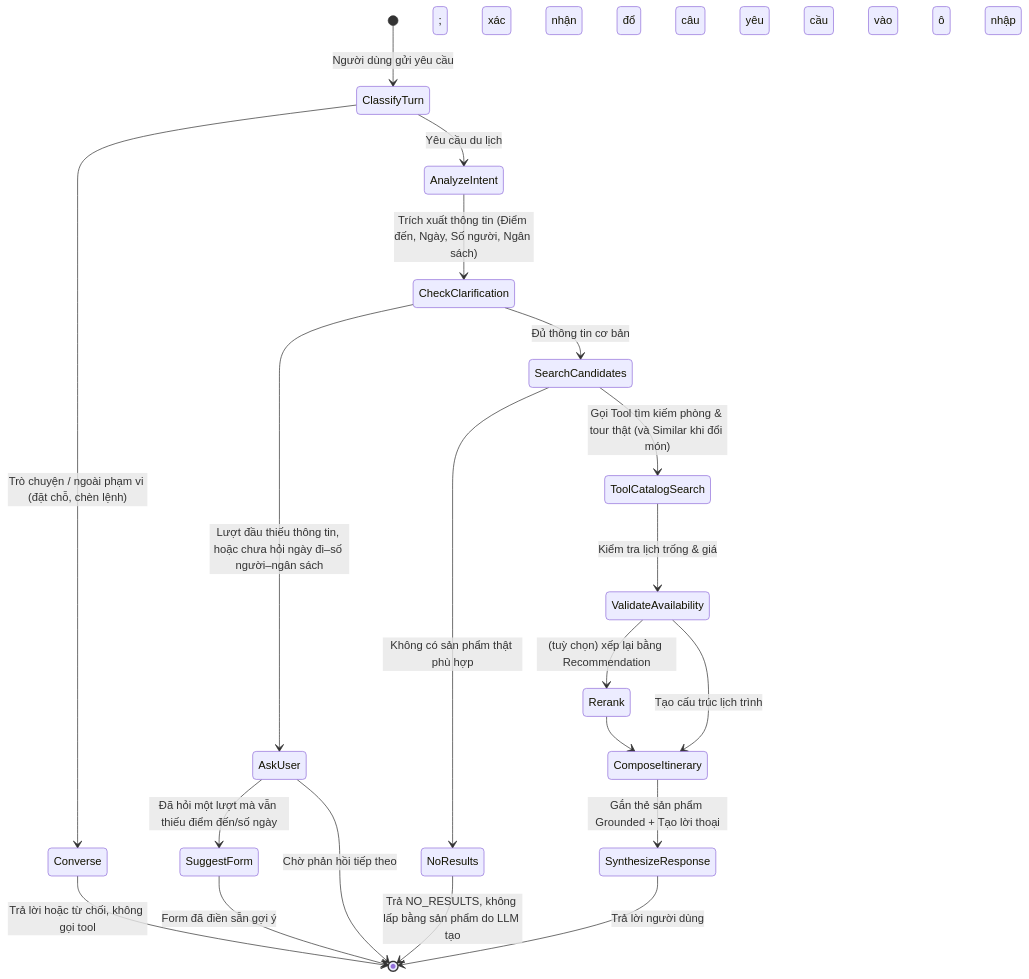
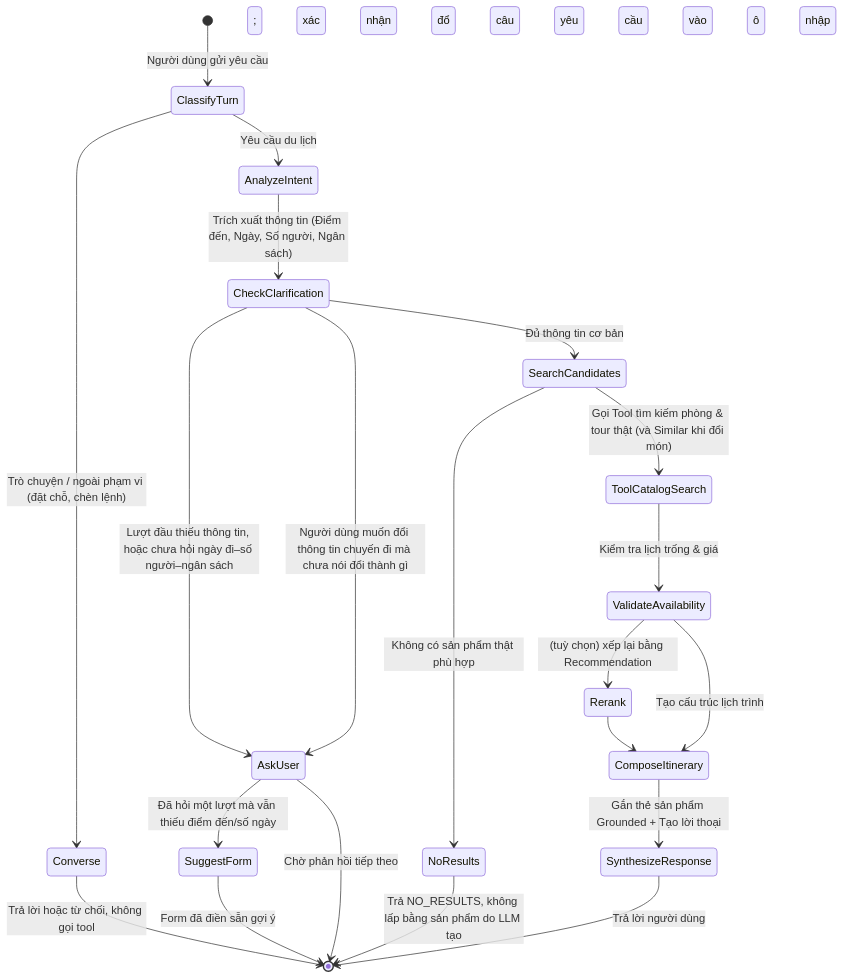
The second of 2 diagrams in docs/prd/architecture.md (NguyenNhat4/Travel-Recommend-System), drawn with Mermaid before and after one commit. The commit also changed 24 other files, not shown here.

First line of the commit message:
feat(agent): hỏi lại khi đổi mà chưa nói cụ thể, payload LLM dạng YAML, sửa prompt classify

````diff
--- a/docs/prd/architecture.md
+++ b/docs/prd/architecture.md
@@ -171,25 +171,26 @@
 ```mermaid
 stateDiagram-v2
     [*] --> ClassifyTurn: Người dùng gửi yêu cầu
     ClassifyTurn --> Converse: Trò chuyện / ngoài phạm vi (đặt chỗ, chèn lệnh)
     Converse --> [*]: Trả lời hoặc từ chối, không gọi tool
     ClassifyTurn --> AnalyzeIntent: Yêu cầu du lịch
     AnalyzeIntent --> CheckClarification: Trích xuất thông tin (Điểm đến, Ngày, Số người, Ngân sách)
     
     CheckClarification --> AskUser: Lượt đầu thiếu thông tin, hoặc chưa hỏi ngày đi–số người–ngân sách
+    CheckClarification --> AskUser: Người dùng muốn đổi thông tin chuyến đi mà chưa nói đổi thành gì
     AskUser --> SuggestForm: Đã hỏi một lượt mà vẫn thiếu điểm đến/số ngày
     SuggestForm --> [*]: Form đã điền sẵn gợi ý; xác nhận đổ câu yêu cầu vào ô nhập
     AskUser --> [*]: Chờ phản hồi tiếp theo
     
     CheckClarification --> SearchCandidates: Đủ thông tin cơ bản
     SearchCandidates --> ToolCatalogSearch: Gọi Tool tìm kiếm phòng & tour thật (và Similar khi đổi món)
     ToolCatalogSearch --> ValidateAvailability: Kiểm tra lịch trống & giá
     
     SearchCandidates --> NoResults: Không có sản phẩm thật phù hợp
     NoResults --> [*]: Trả NO_RESULTS, không lấp bằng sản phẩm do LLM tạo
     ValidateAvailability --> Rerank: (tuỳ chọn) xếp lại bằng Recommendation
     Rerank --> ComposeItinerary
     ValidateAvailability --> ComposeItinerary: Tạo cấu trúc lịch trình
     ComposeItinerary --> SynthesizeResponse: Gắn thẻ sản phẩm Grounded + Tạo lời thoại
     SynthesizeResponse --> [*]: Trả lời người dùng
 ```
````
